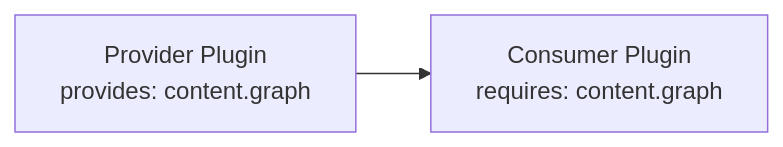
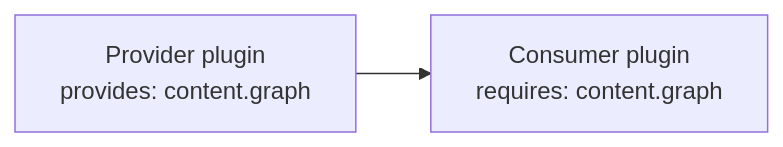
One commit to Rerurate514/riebeckite changed the second of 13 diagrams in docs/docs/reference/plugin-api.md. Above: the diagram before and after it, drawn with Mermaid. The commit also changed other lines of this file and 604 other files, not shown here.

````diff
--- a/docs/docs/reference/plugin-api.md
+++ b/docs/docs/reference/plugin-api.md
@@ -165,7 +107,7 @@
 ```mermaid
 flowchart LR
-    Provider["Provider Plugin<br/>provides: content.graph"]
-    Consumer["Consumer Plugin<br/>requires: content.graph"]
+    Provider["Provider plugin<br/>provides: content.graph"]
+    Consumer["Consumer plugin<br/>requires: content.graph"]
 
     Provider --> Consumer
 ```
````
